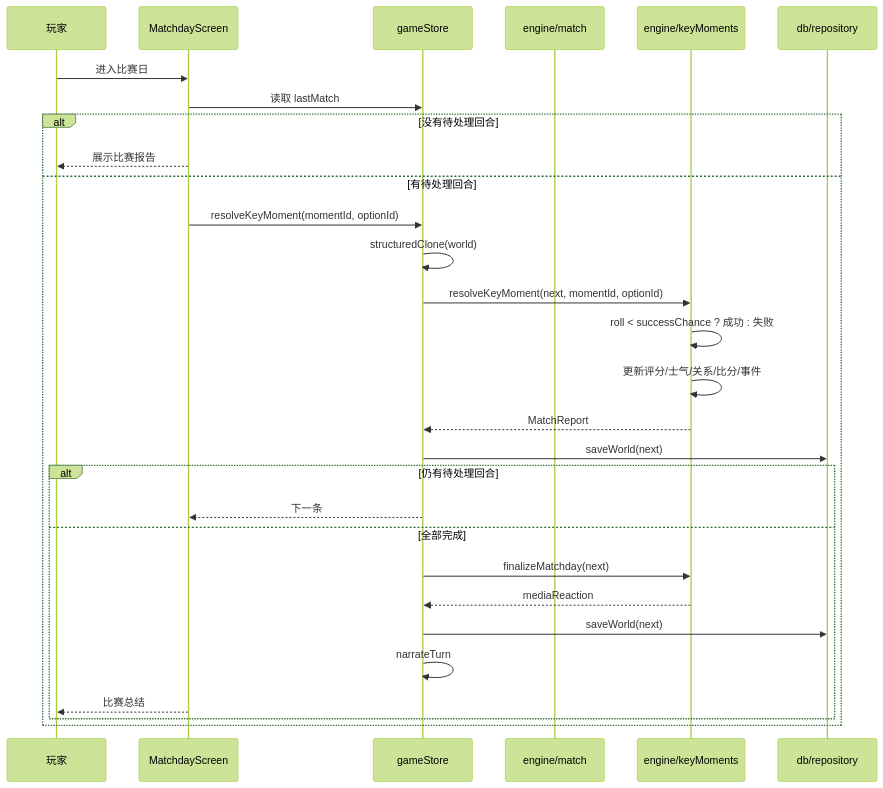
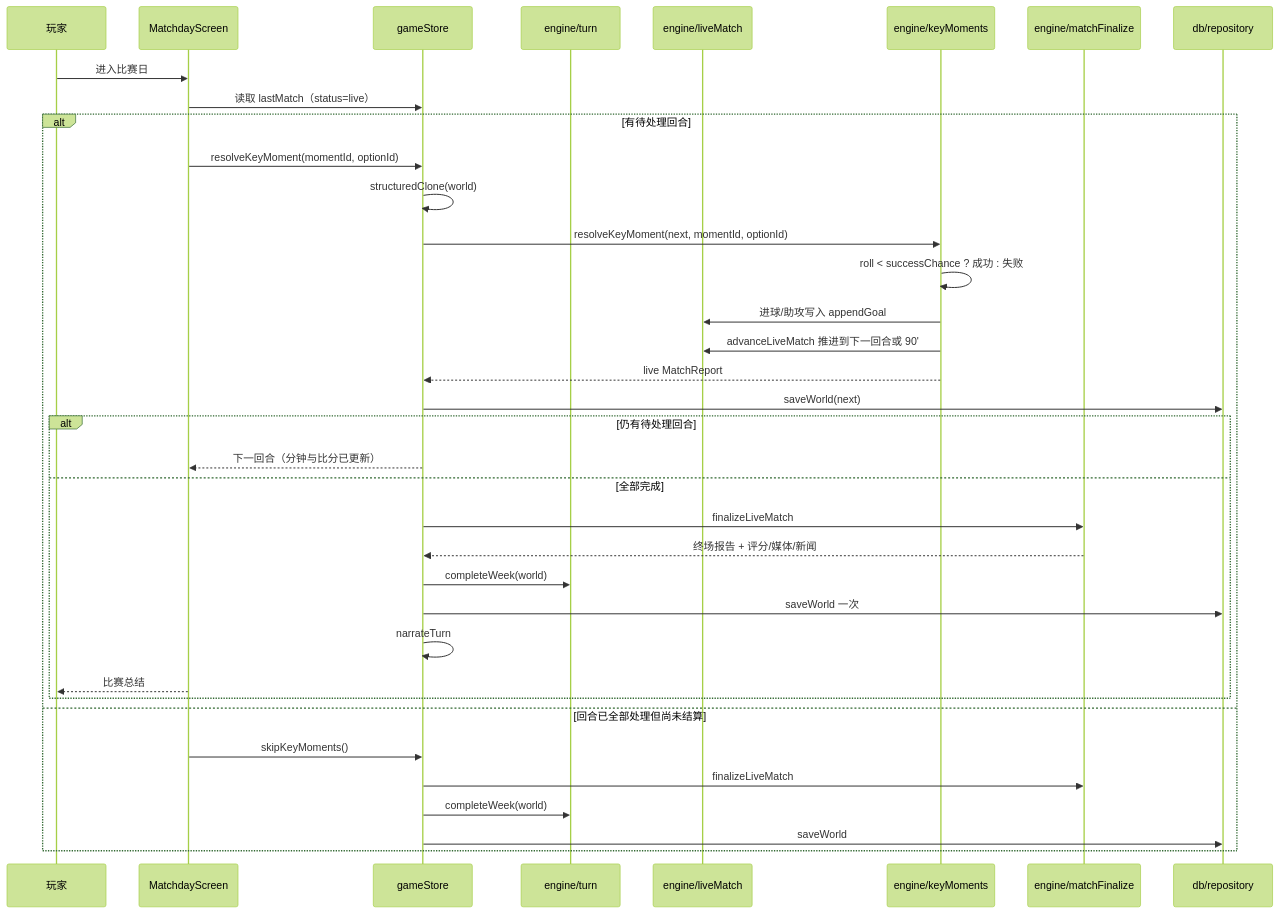
One commit to Roulandu/rpg_life_game changed the diagram in docs/features/matchday.md. Above: the diagram before and after it, drawn with Mermaid (forest theme). The commit also changed other lines of this file and 51 other files, not shown here.

````diff
--- a/docs/features/matchday.md
+++ b/docs/features/matchday.md
@@ -50,31 +60,38 @@
 ```mermaid
 sequenceDiagram
   participant U as 玩家
   participant UI as MatchdayScreen
   participant S as gameStore
-  participant E as engine/match
+  participant T as engine/turn
+  participant L as engine/liveMatch
   participant K as engine/keyMoments
+  participant F as engine/matchFinalize
   participant DB as db/repository
   U->>UI: 进入比赛日
-  UI->>S: 读取 lastMatch
-  alt 没有待处理回合
-    UI-->>U: 展示比赛报告
-  else 有待处理回合
+  UI->>S: 读取 lastMatch（status=live）
+  alt 有待处理回合
     UI->>S: resolveKeyMoment(momentId, optionId)
     S->>S: structuredClone(world)
     S->>K: resolveKeyMoment(next, momentId, optionId)
     K->>K: roll < successChance ? 成功 : 失败
-    K->>K: 更新评分/士气/关系/比分/事件
-    K-->>S: MatchReport
+    K->>L: 进球/助攻写入 appendGoal
+    K->>L: advanceLiveMatch 推进到下一回合或 90'
+    K-->>S: live MatchReport
     S->>DB: saveWorld(next)
     alt 仍有待处理回合
-      S-->>UI: 下一条
+      S-->>UI: 下一回合（分钟与比分已更新）
     else 全部完成
-      S->>K: finalizeMatchday(next)
-      K-->>S: mediaReaction
-      S->>DB: saveWorld(next)
+      S->>F: finalizeLiveMatch
+      F-->>S: 终场报告 + 评分/媒体/新闻
+      S->>T: completeWeek(world)
+      S->>DB: saveWorld 一次
       S->>S: narrateTurn
       UI-->>U: 比赛总结
     end
+  else 回合已全部处理但尚未结算
+    UI->>S: skipKeyMoments()
+    S->>F: finalizeLiveMatch
+    S->>T: completeWeek(world)
+    S->>DB: saveWorld
   end
 ```
````
